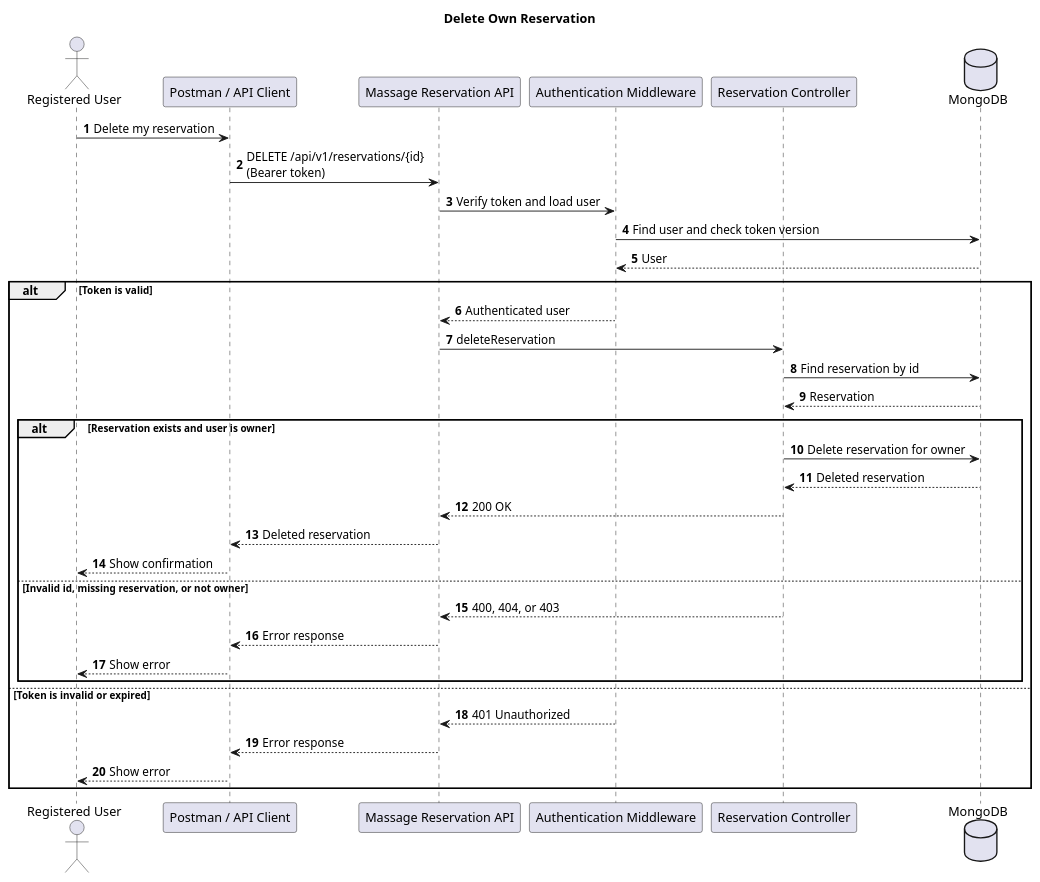
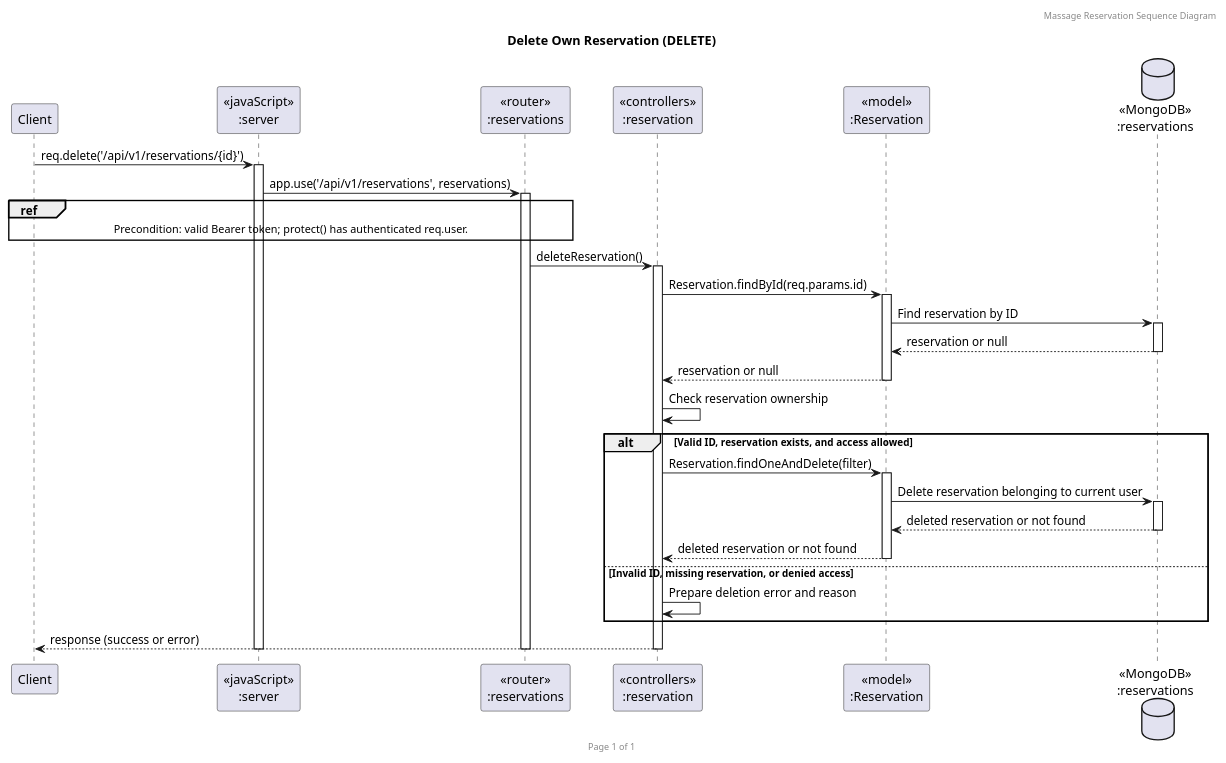
One commit to pim3567/SW-DEV-PRAC-Final-Project changed the diagram in docs/diagram/sequence-diagram/specified-requirements/08-delete-own-reservation.puml. Above: the diagram before and after it, drawn with PlantUML. The commit also changed 12 other files, not shown here.

Commit message:
chore: modified sequence diagrams

```diff
--- a/docs/diagram/sequence-diagram/specified-requirements/08-delete-own-reservation.puml
+++ b/docs/diagram/sequence-diagram/specified-requirements/08-delete-own-reservation.puml
@@ -1,37 +1,37 @@
 @startuml
-title Delete Own Reservation
-autonumber
-actor "Registered User" as User
-participant "Postman / API Client" as Client
-participant "Massage Reservation API" as API
-participant "Authentication Middleware" as Auth
-participant "Reservation Controller" as Controller
-database MongoDB as DB
+header Massage Reservation Sequence Diagram
+footer Page %page% of %lastpage%
+skinparam maxMessageSize 320
+title "Delete Own Reservation (DELETE)"
 
-User -> Client: Delete my reservation
-Client -> API: DELETE /api/v1/reservations/{id}\n(Bearer token)
-API -> Auth: Verify token and load user
-Auth -> DB: Find user and check token version
-DB --> Auth: User
-alt Token is valid
-    Auth --> API: Authenticated user
-    API -> Controller: deleteReservation
-    Controller -> DB: Find reservation by id
-    DB --> Controller: Reservation
-    alt Reservation exists and user is owner
-        Controller -> DB: Delete reservation for owner
-        DB --> Controller: Deleted reservation
-        Controller --> API: 200 OK
-        API --> Client: Deleted reservation
-        Client --> User: Show confirmation
-    else Invalid id, missing reservation, or not owner
-        Controller --> API: 400, 404, or 403
-        API --> Client: Error response
-        Client --> User: Show error
-    end
-else Token is invalid or expired
-    Auth --> API: 401 Unauthorized
-    API --> Client: Error response
-    Client --> User: Show error
+participant "Client" as client
+participant "<<javaScript>>\n:server" as server
+participant "<<router>>\n:reservations" as router
+participant "<<controllers>>\n:reservation" as controller
+participant "<<model>>\n:Reservation" as model
+database "<<MongoDB>>\n:reservations" as db
+
+client -> server ++: req.delete('/api/v1/reservations/{id}')
+server -> router ++: app.use('/api/v1/reservations', reservations)
+ref over client, router
+    Precondition: valid Bearer token; protect() has authenticated req.user.
+end ref
+router -> controller ++: deleteReservation()
+controller -> model ++: Reservation.findById(req.params.id)
+model -> db ++: Find reservation by ID
+db --> model --: reservation or null
+model --> controller --: reservation or null
+controller -> controller: Check reservation ownership
+alt Valid ID, reservation exists, and access allowed
+controller -> model ++: Reservation.findOneAndDelete(filter)
+model -> db ++: Delete reservation belonging to current user
+db --> model --: deleted reservation or not found
+model --> controller --: deleted reservation or not found
+else Invalid ID, missing reservation, or denied access
+    controller -> controller: Prepare deletion error and reason
 end
+controller --> client --: response (success or error)
+deactivate router
+deactivate server
+
 @enduml
```
